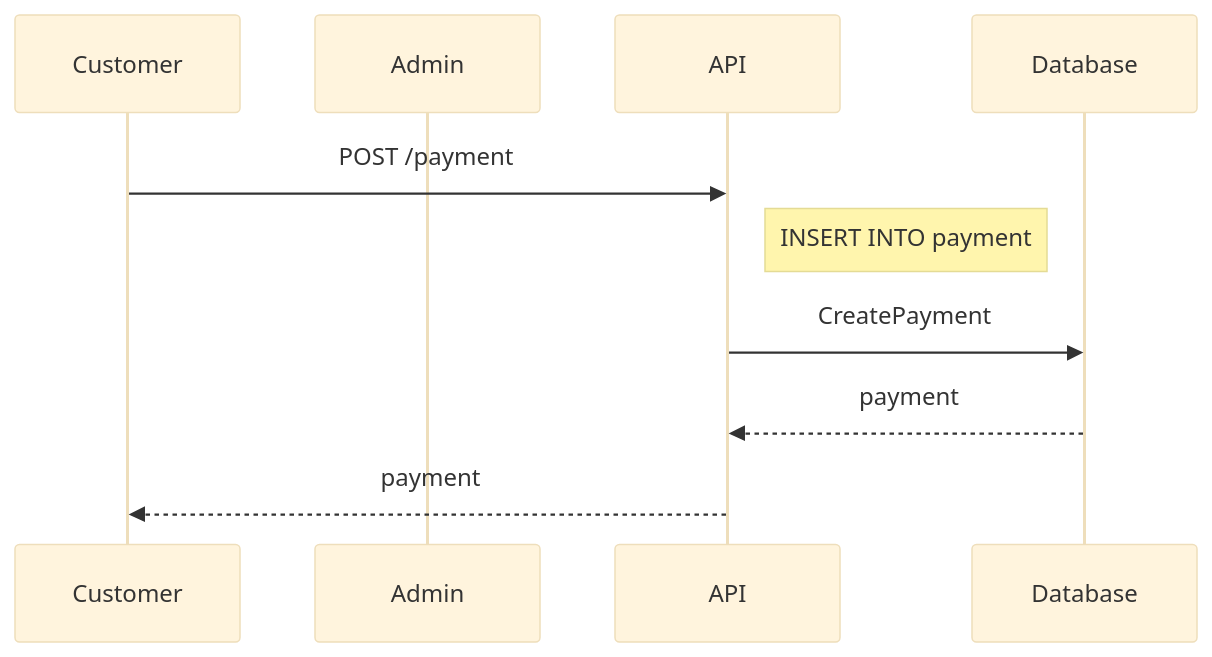
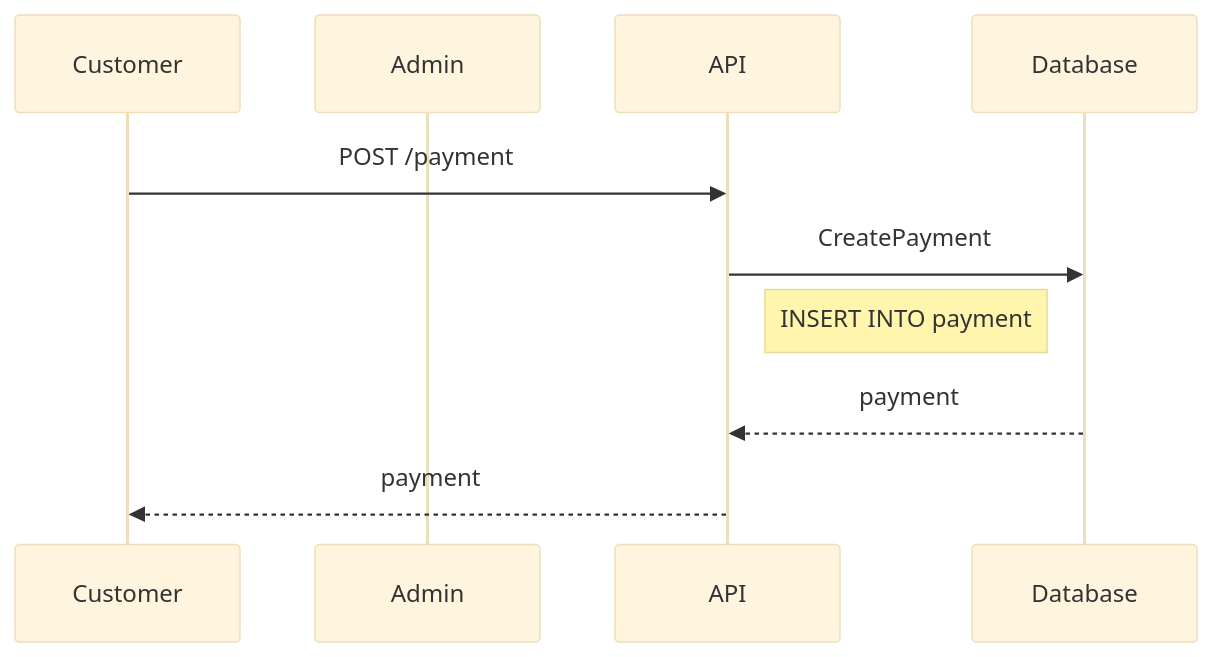
The fourth of 9 diagrams in readme.md (Jakomaro/takeaway), drawn with Mermaid (base theme) before and after one commit. The commit also changed other lines of this file and 2 other files, not shown here.

````diff
--- a/readme.md
+++ b/readme.md
@@ -91,14 +91,14 @@
 ```mermaid
 sequenceDiagram
     participant C as Customer
     participant A as Admin
     participant API as API
     participant DB as Database
 
     C->>API: POST /payment
+    API->>DB: CreatePayment
     note left of DB: INSERT INTO payment
-    API->>DB: CreatePayment
     DB-->>API: payment
     API-->>C: payment
 
 ```
````
